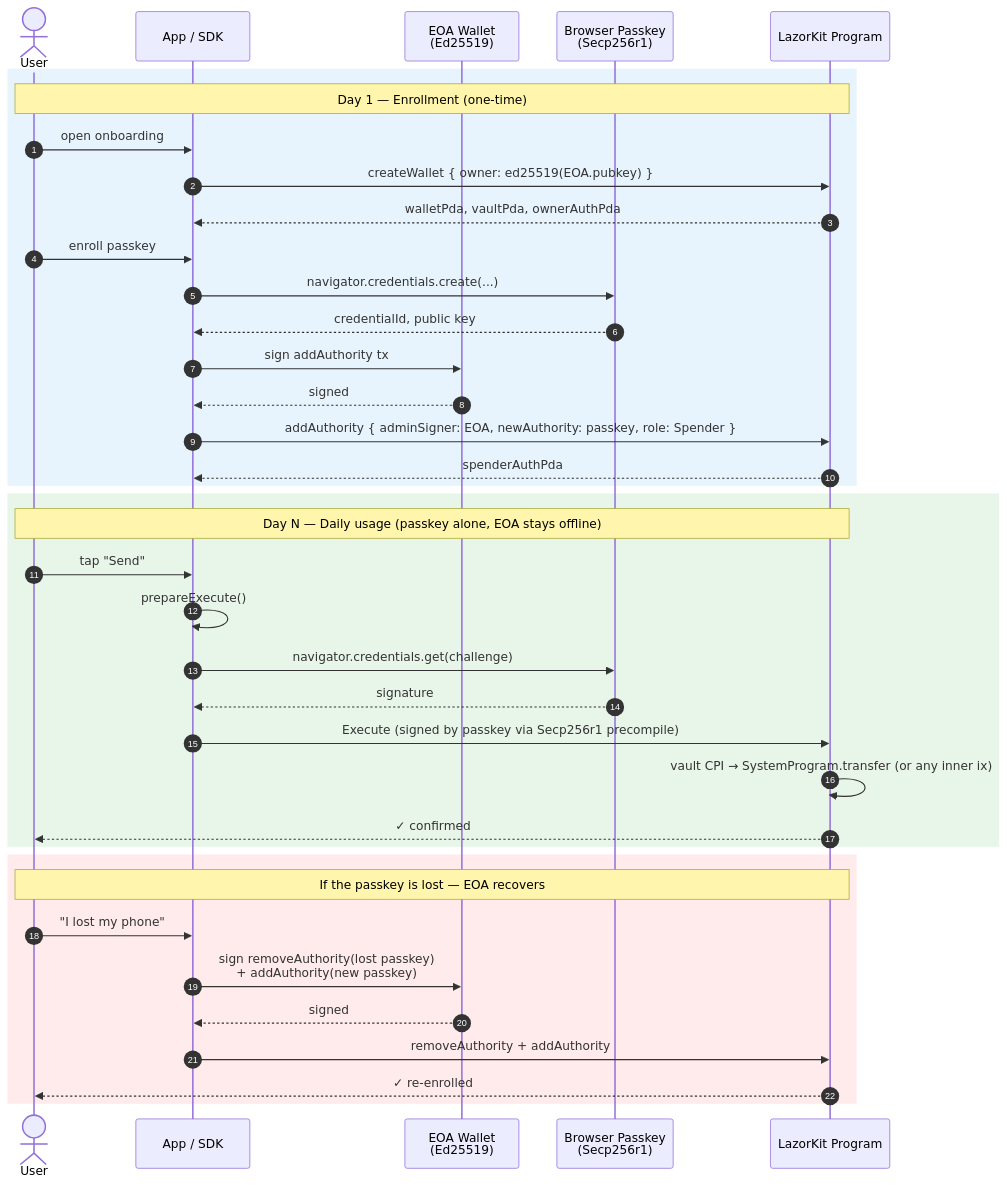
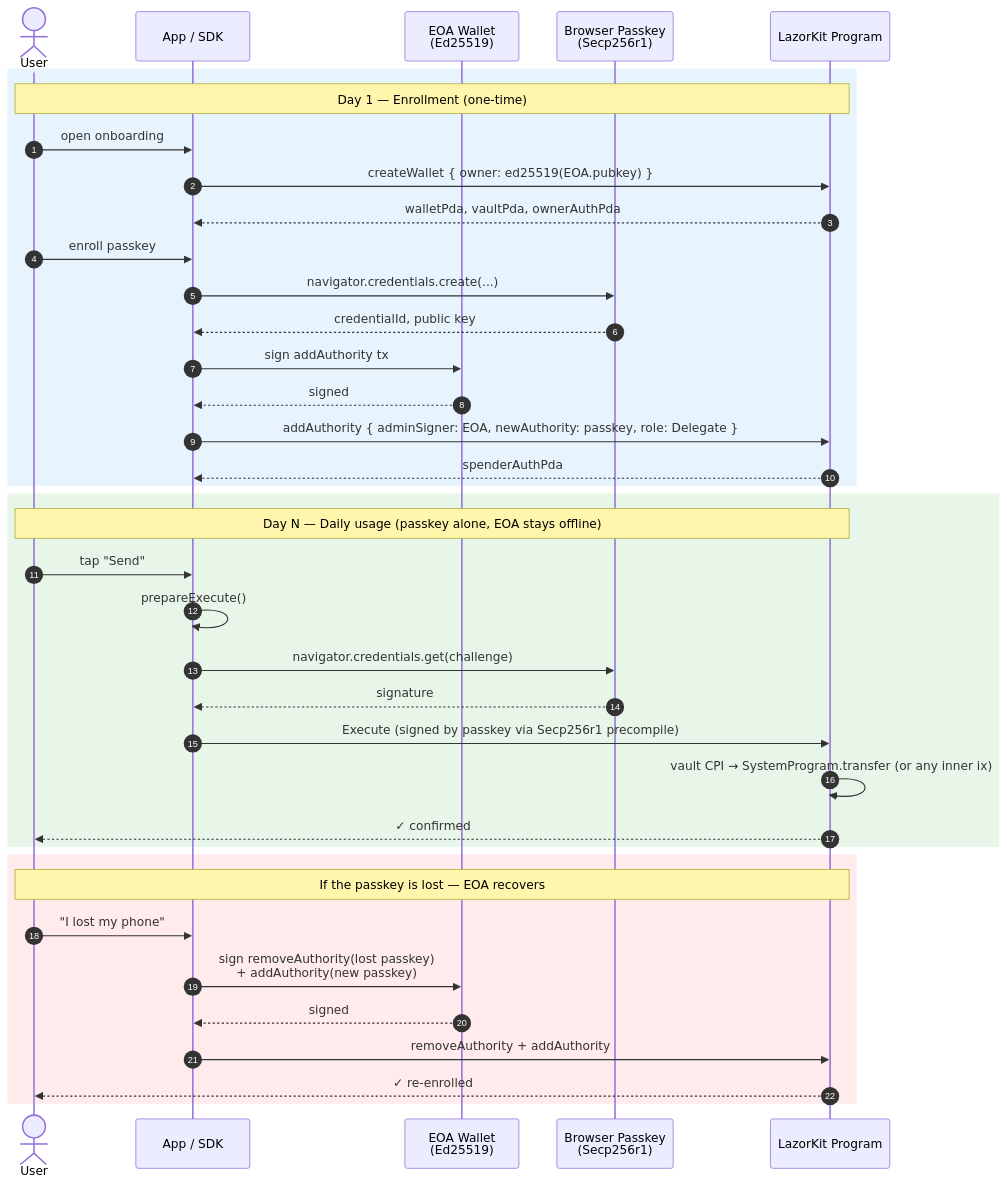
One commit to lazor-kit/lazorkit-protocol changed the second of 2 diagrams in docs/use-cases/eoa-with-passkey-spender.md. Above: the diagram before and after it, drawn with Mermaid. The commit also changed other lines of this file and 238 other files, not shown here.

````diff
--- a/docs/use-cases/eoa-with-passkey-spender.md
+++ b/docs/use-cases/eoa-with-passkey-spender.md
@@ -68,43 +80,43 @@
 ```mermaid
 sequenceDiagram
     autonumber
     actor U as User
     participant App as App / SDK
     participant EOA as EOA Wallet<br/>(Ed25519)
     participant WA as Browser Passkey<br/>(Secp256r1)
     participant LK as LazorKit Program
 
     rect rgb(232,244,253)
     Note over U,LK: Day 1 — Enrollment (one-time)
     U->>App: open onboarding
     App->>LK: createWallet { owner: ed25519(EOA.pubkey) }
     LK-->>App: walletPda, vaultPda, ownerAuthPda
     U->>App: enroll passkey
     App->>WA: navigator.credentials.create(...)
     WA-->>App: credentialId, public key
     App->>EOA: sign addAuthority tx
     EOA-->>App: signed
-    App->>LK: addAuthority { adminSigner: EOA, newAuthority: passkey, role: Spender }
+    App->>LK: addAuthority { adminSigner: EOA, newAuthority: passkey, role: Delegate }
     LK-->>App: spenderAuthPda
     end
 
     rect rgb(232,245,233)
     Note over U,LK: Day N — Daily usage (passkey alone, EOA stays offline)
     U->>App: tap "Send"
     App->>App: prepareExecute()
     App->>WA: navigator.credentials.get(challenge)
     WA-->>App: signature
     App->>LK: Execute (signed by passkey via Secp256r1 precompile)
     LK->>LK: vault CPI → SystemProgram.transfer (or any inner ix)
     LK-->>U: ✓ confirmed
     end
 
     rect rgb(255,235,235)
     Note over U,LK: If the passkey is lost — EOA recovers
     U->>App: "I lost my phone"
     App->>EOA: sign removeAuthority(lost passkey)<br/>+ addAuthority(new passkey)
     EOA-->>App: signed
     App->>LK: removeAuthority + addAuthority
     LK-->>U: ✓ re-enrolled
     end
 ```
````
